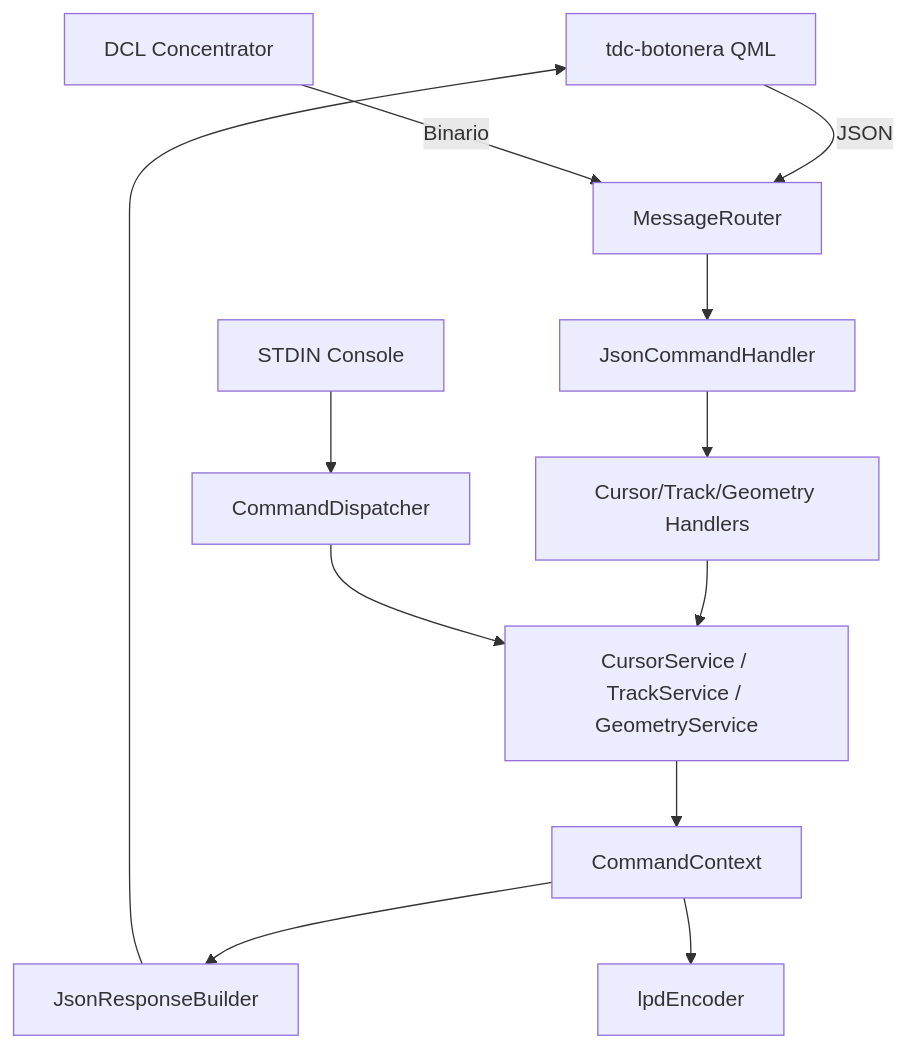
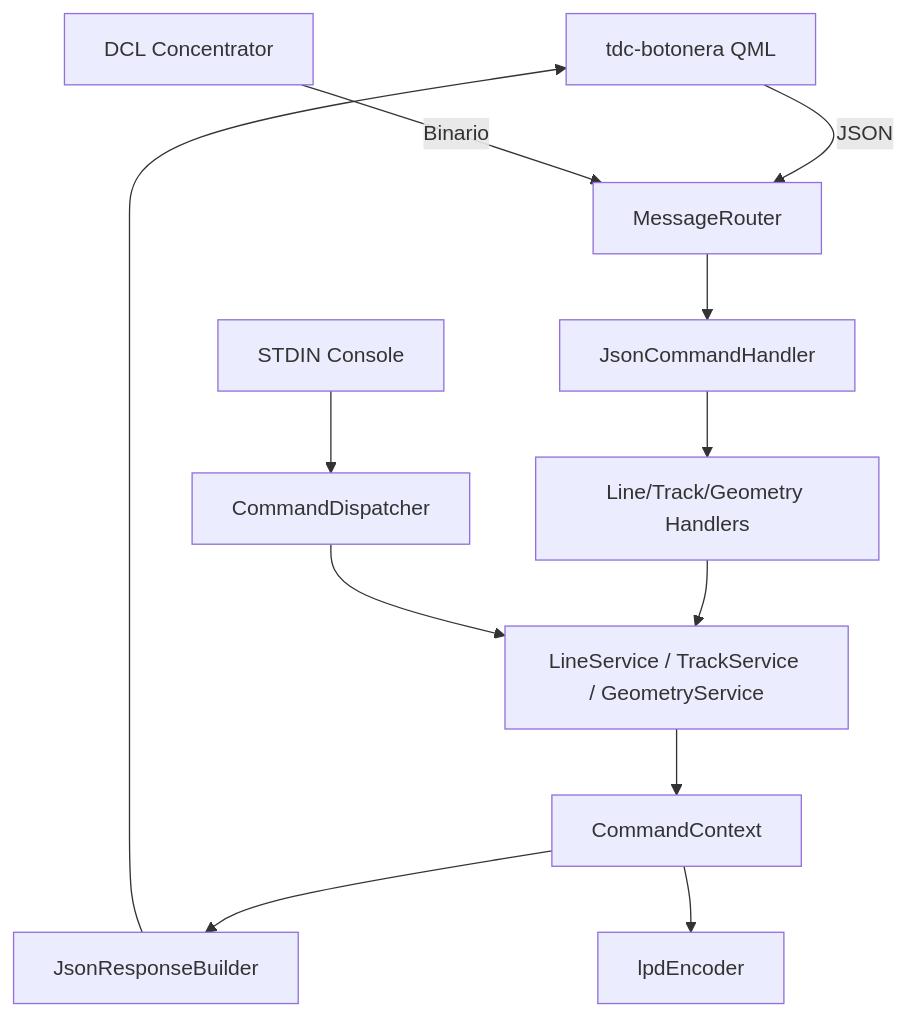
The diagram in docs/COMBINED_PROJECTS.md (CrisD39/DDM), drawn with Mermaid before and after one commit. The commit also changed other lines of this file and 9 other files, not shown here.

````diff
--- a/docs/COMBINED_PROJECTS.md
+++ b/docs/COMBINED_PROJECTS.md
@@ -13,16 +6,16 @@
 ```mermaid
 flowchart TD
   QML[tdc-botonera QML] -->|JSON| Router[MessageRouter]
   DCL[DCL Concentrator] -->|Binario| Router
   CLI[STDIN Console] --> Dispatcher[CommandDispatcher]
 
   Router --> JsonH[JsonCommandHandler]
-  JsonH --> Handlers[Cursor/Track/Geometry Handlers]
-  Handlers --> Services[CursorService / TrackService / GeometryService]
+  JsonH --> Handlers[Line/Track/Geometry Handlers]
+  Handlers --> Services[LineService / TrackService / GeometryService]
   Dispatcher --> Services
 
   Services --> Ctx[CommandContext]
   Ctx --> Resp[JsonResponseBuilder]
   Resp --> QML
   Ctx --> Enc[lpdEncoder]
 ```
````
